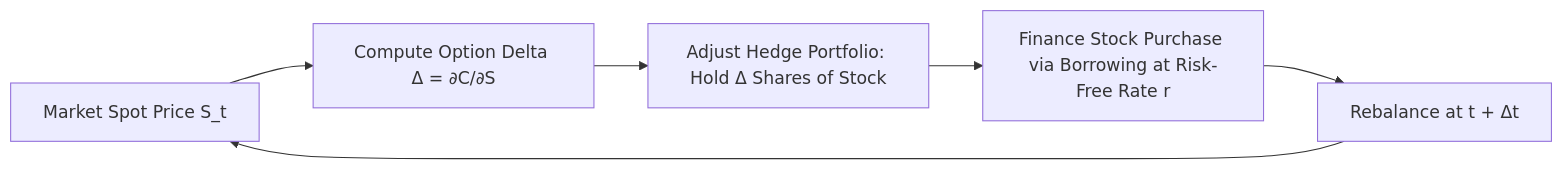
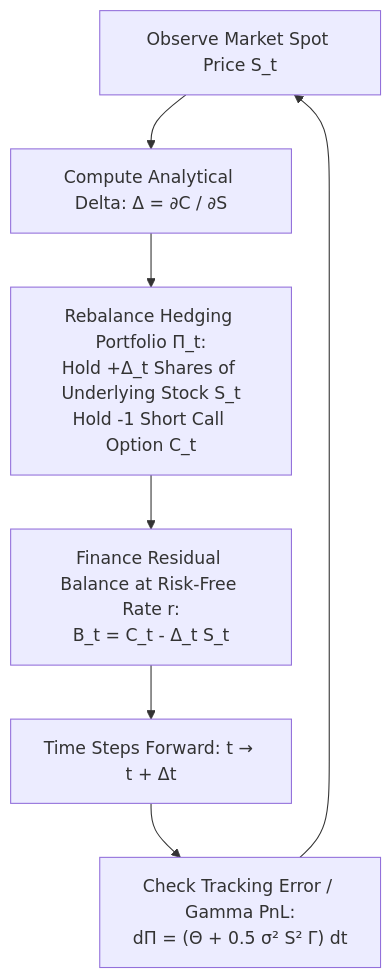
The second of 4 diagrams in 06_derivative_pricing/README.md (eggieinquant/wqu), drawn with Mermaid before and after one commit. The commit also changed other lines of this file and 6 other files, not shown here.

Commit message:
docs: overhaul and standardize READMEs across all MScFE modules (01-08) with Mermaid architectures, LaTeX formulas, and complete lesson mappings

````diff
--- a/06_derivative_pricing/README.md
+++ b/06_derivative_pricing/README.md
@@ -35,8 +35,9 @@
 ```mermaid
-flowchart LR
-    A["Market Spot Price S_t"] --> B["Compute Option Delta Δ = ∂C/∂S"]
-    B --> C["Adjust Hedge Portfolio: Hold Δ Shares of Stock"]
-    C --> D["Finance Stock Purchase via Borrowing at Risk-Free Rate r"]
-    D --> E["Rebalance at t + Δt"]
-    E --> A
+flowchart TD
+    MarketSpot["Observe Market Spot Price S_t"] --> ComputeGreeks["Compute Analytical Delta: Δ = ∂C / ∂S"]
+    ComputeGreeks --> Rebalance["Rebalance Hedging Portfolio Π_t:<br/>Hold +Δ_t Shares of Underlying Stock S_t<br/>Hold -1 Short Call Option C_t"]
+    Rebalance --> Borrowing["Finance Residual Balance at Risk-Free Rate r:<br/>B_t = C_t - Δ_t S_t"]
+    Borrowing --> NextStep["Time Steps Forward: t → t + Δt"]
+    NextStep --> PnL_Check["Check Tracking Error / Gamma PnL:<br/>dΠ = (Θ + 0.5 σ² S² Γ) dt"]
+    PnL_Check --> MarketSpot
 ```
````
